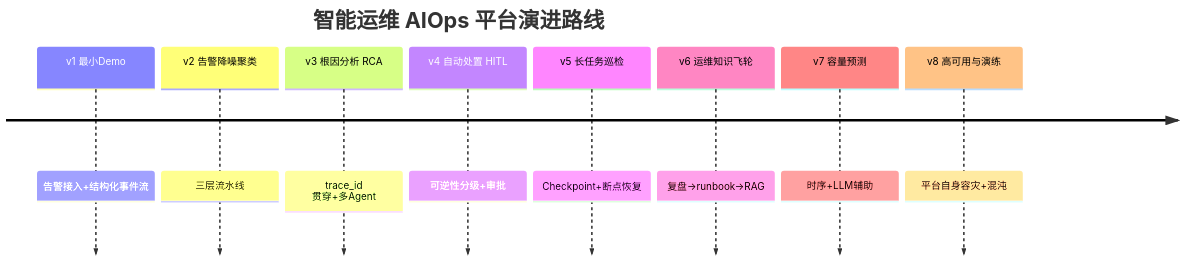
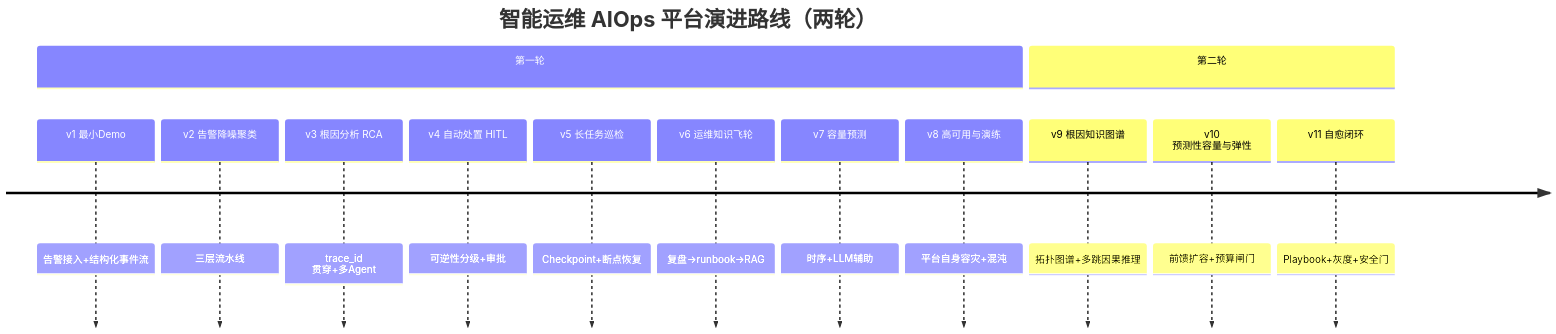
Before and after one commit to UranusGit/java-agent-learn: the first of 2 diagrams in docs/项目/09-智能运维AIOps平台/00-需求分析与架构设计.md, drawn with Mermaid. The commit also changed other lines of this file and 114 other files, not shown here.

````diff
--- a/docs/项目/09-智能运维AIOps平台/00-需求分析与架构设计.md
+++ b/docs/项目/09-智能运维AIOps平台/00-需求分析与架构设计.md
@@ -43,12 +61,17 @@
 ```mermaid
 timeline
-    title 智能运维 AIOps 平台演进路线
+    title 智能运维 AIOps 平台演进路线（两轮）
+    section 第一轮
     v1 最小Demo : 告警接入+结构化事件流
     v2 告警降噪聚类 : 三层流水线
     v3 根因分析 RCA : trace_id 贯穿+多Agent
     v4 自动处置 HITL : 可逆性分级+审批
     v5 长任务巡检 : Checkpoint+断点恢复
     v6 运维知识飞轮 : 复盘→runbook→RAG
     v7 容量预测 : 时序+LLM辅助
     v8 高可用与演练 : 平台自身容灾+混沌
+    section 第二轮
+    v9 根因知识图谱 : 拓扑图谱+多跳因果推理
+    v10 预测性容量与弹性 : 前馈扩容+预算闸门
+    v11 自愈闭环 : Playbook+灰度+安全门
 ```
````
